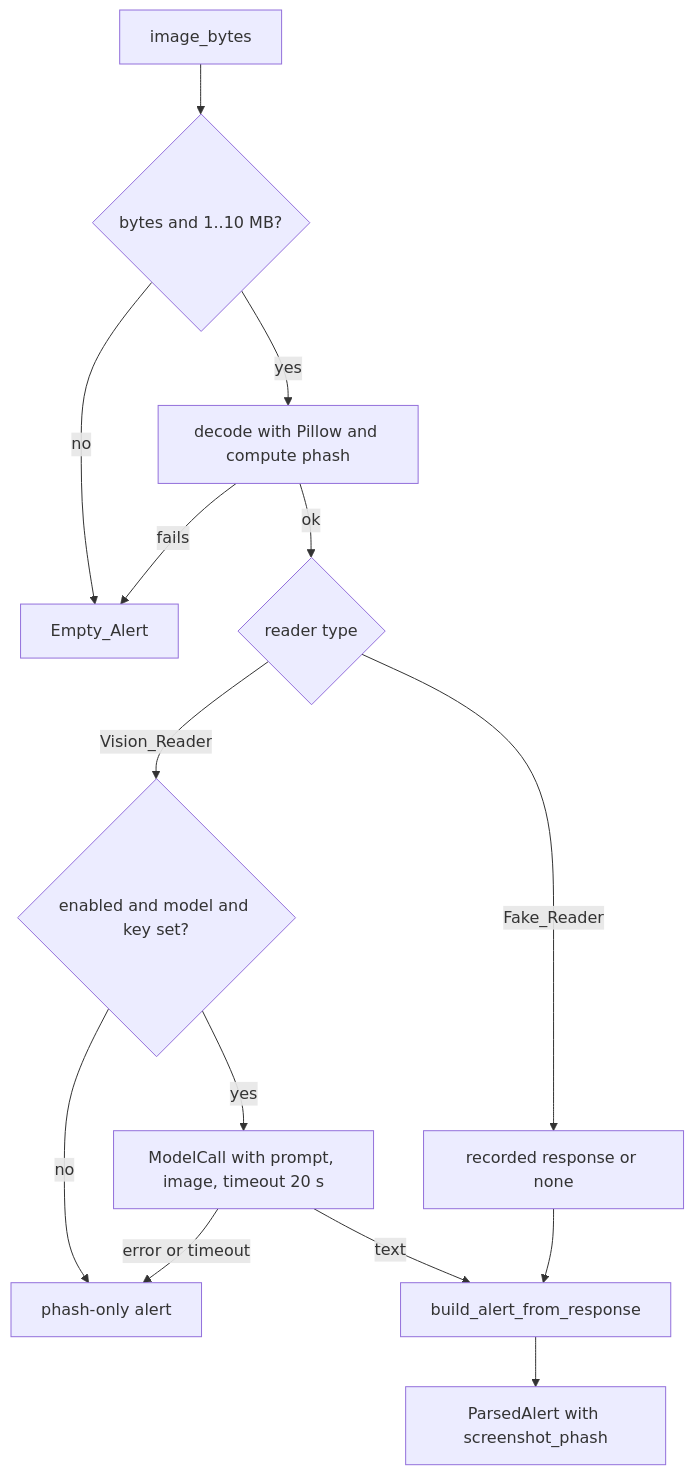
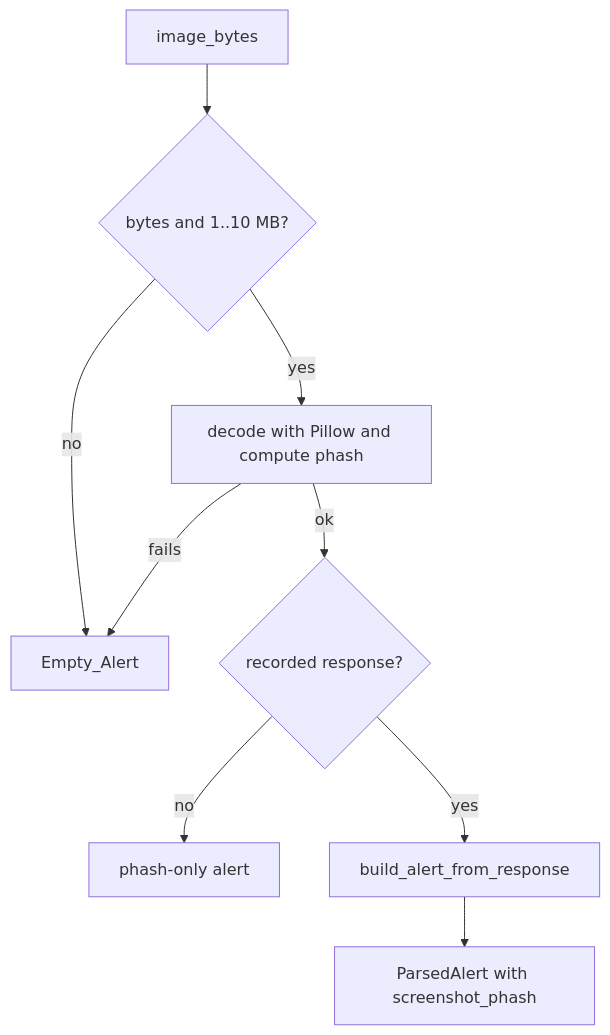
The diagram in .kiro/specs/screenshot-reader/design.md (legendonthisone/ghost-credit), drawn with Mermaid before and after one commit. The commit also changed other lines of this file and 52 other files, not shown here.

````diff
--- a/.kiro/specs/screenshot-reader/design.md
+++ b/.kiro/specs/screenshot-reader/design.md
@@ -26,16 +26,11 @@
 ```mermaid
 flowchart TD
     A[image_bytes] --> B{bytes and 1..10 MB?}
     B -- no --> Z[Empty_Alert]
     B -- yes --> C[decode with Pillow and compute phash]
     C -- fails --> Z
-    C -- ok --> D{reader type}
-    D -- Fake_Reader --> E[recorded response or none]
-    D -- Vision_Reader --> F{enabled and model and key set?}
-    F -- no --> G[phash-only alert]
-    F -- yes --> H[ModelCall with prompt, image, timeout 20 s]
-    H -- error or timeout --> G
-    H -- text --> I[build_alert_from_response]
-    E --> I
+    C -- ok --> E{recorded response?}
+    E -- no --> G[phash-only alert]
+    E -- yes --> I[build_alert_from_response]
     I --> J[ParsedAlert with screenshot_phash]
 ```
````
